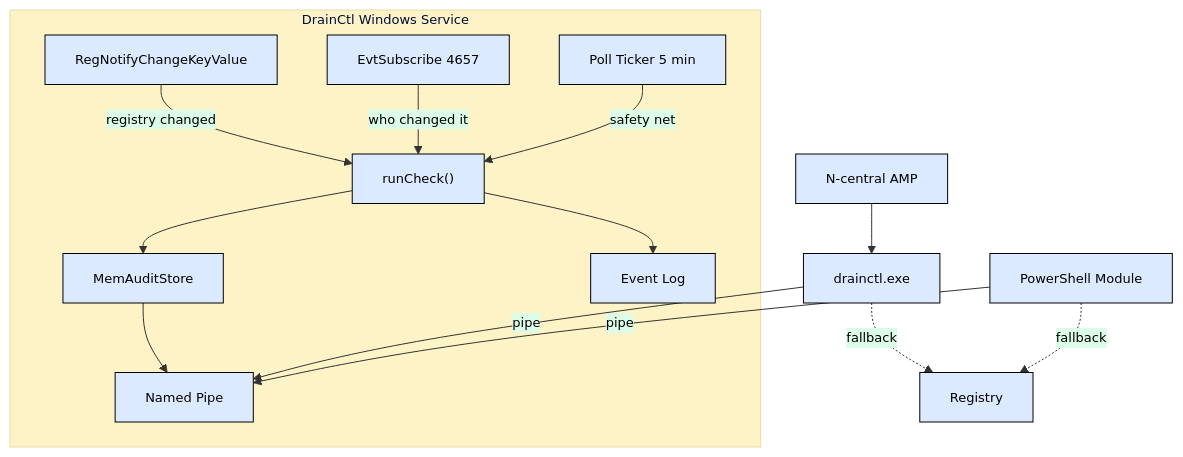
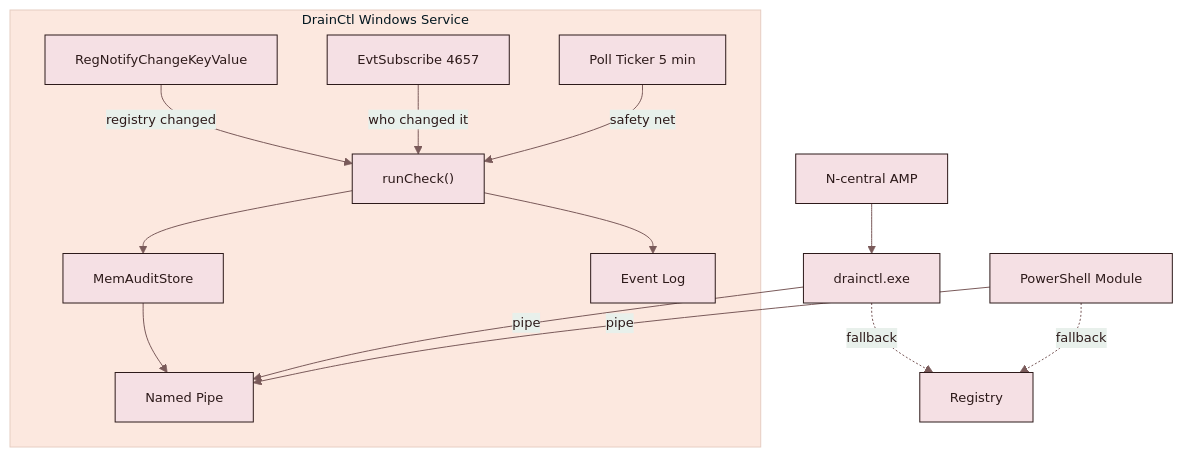
One commit to LISSConsulting/LISSTech.DrainCtl changed the first of 2 diagrams in README.md. Above: the diagram before and after it, drawn with Mermaid. The commit also changed other lines of this file and 8 other files, not shown here.

````diff
--- a/README.md
+++ b/README.md
@@ -54,19 +54,19 @@
 ```mermaid
-%%{init: {'theme': 'base', 'themeVariables': {'fontFamily': 'monospace', 'fontSize': '13px', 'primaryBorderColor': '#000', 'lineColor': '#333', 'primaryColor': '#dbeafe', 'primaryTextColor': '#000', 'secondaryColor': '#dcfce7', 'tertiaryColor': '#fef3c7'}}}%%
+%%{init: {'theme': 'base', 'themeVariables': {'fontFamily': 'monospace', 'fontSize': '13px', 'primaryBorderColor': '#2d1a1a', 'lineColor': '#7a5a5a', 'primaryColor': '#f5e0e4', 'primaryTextColor': '#2d1a1a', 'secondaryColor': '#e8f0eb', 'tertiaryColor': '#fce8df'}}}%%
 graph TB
     subgraph SVC["DrainCtl Windows Service"]
         RNK["RegNotifyChangeKeyValue"] -->|"registry changed"| CHECK["runCheck()"]
         EVT["EvtSubscribe 4657"] -->|"who changed it"| CHECK
         POLL["Poll Ticker 5 min"] -->|"safety net"| CHECK
         CHECK --> STORE["MemAuditStore"]
         CHECK --> ELOG["Event Log"]
         STORE --> PIPE["Named Pipe"]
     end
 
     CLI["drainctl.exe"] -->|"pipe"| PIPE
     PS["PowerShell Module"] -->|"pipe"| PIPE
     NC["N-central AMP"] --> CLI
 
     CLI -.->|"fallback"| REG["Registry"]
     PS -.->|"fallback"| REG
 ```
````
